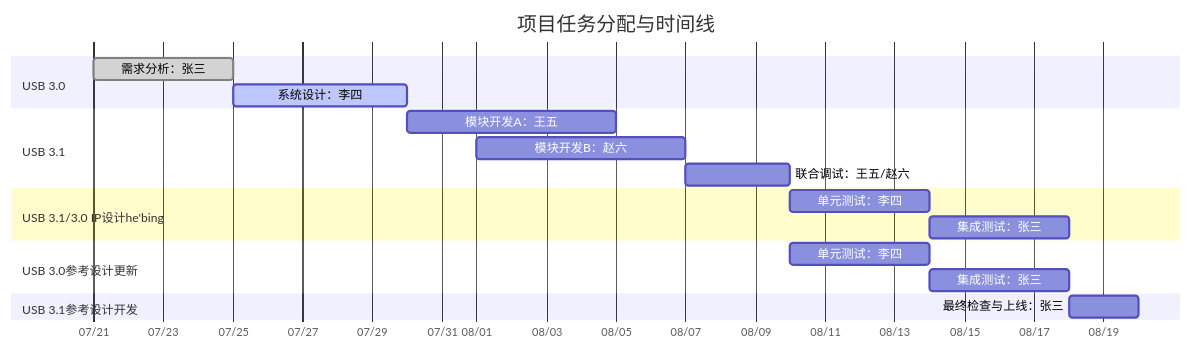
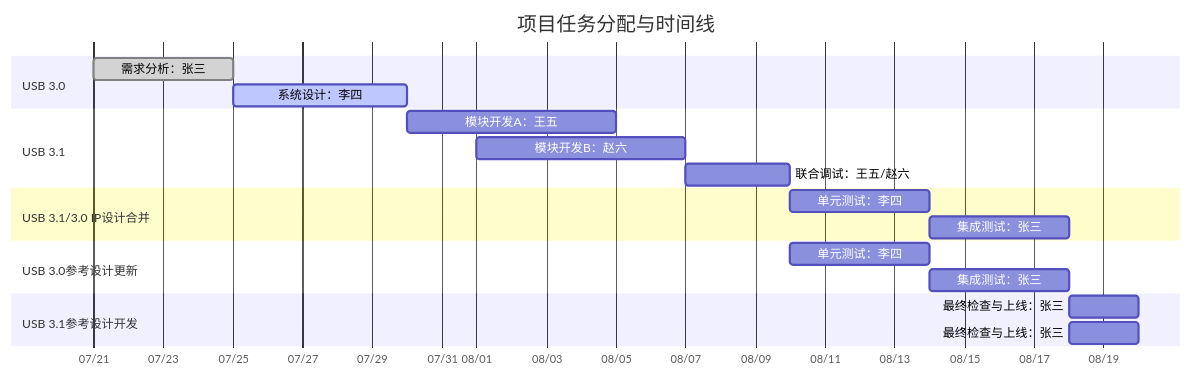
The diagram in all/未命名.md (winsonbook/iodraw-files), drawn with Mermaid before and after one commit.

Commit message:
2025-07-21 09:41:37 update

````diff
--- a/all/未命名.md
+++ b/all/未命名.md
@@ -1,26 +1,30 @@
 ```mermaid
 gantt
     title 项目任务分配与时间线
     dateFormat  YYYY-MM-DD
     axisFormat  %m/%d
 
     section USB 3.0
     需求分析：张三       :done,    task1, 2025-07-21, 4d
     系统设计：李四       :active,  task2, 2025-07-25, 5d
 
     section USB 3.1
     模块开发A：王五      :         task3, 2025-07-30, 6d
     模块开发B：赵六      :         task4, 2025-08-01, 6d
     联合调试：王五/赵六  :         task5, 2025-08-07, 3d
 
-    section USB 3.1/3.0 IP设计he'bing
+    section USB 3.1/3.0 IP设计合并
     单元测试：李四       :         task6, 2025-08-10, 4d
     集成测试：张三       :         task7, 2025-08-14, 4d
+
     section USB 3.0参考设计更新
     单元测试：李四       :         task6, 2025-08-10, 4d
     集成测试：张三       :         task7, 2025-08-14, 4d
 
     section USB 3.1参考设计开发
     最终检查与上线：张三 :         task8, 2025-08-18, 2d
 
+        section USB 3.1参考设计开发
+    最终检查与上线：张三 :         task8, 2025-08-18, 2d
+
 ```
````
